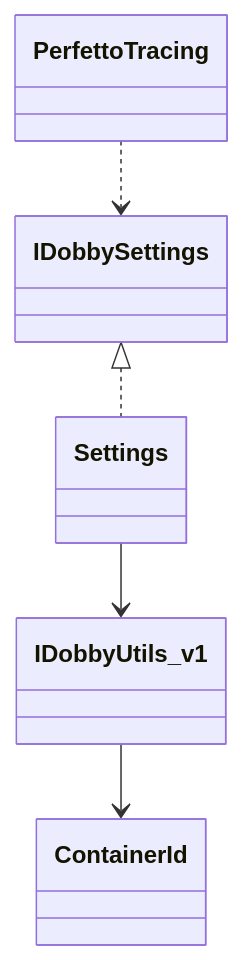
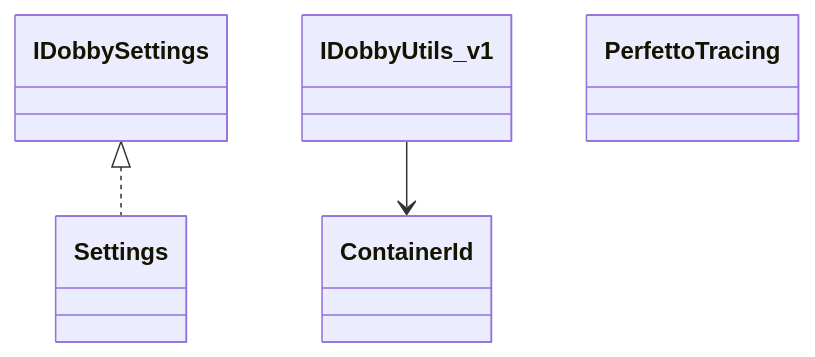
Before and after one commit to rdkcentral/Dobby: the second of 4 diagrams in settings/README.md, drawn with Mermaid.

Commit message:
Potential fix for pull request finding 'Remove unsupported Settings and PerfettoTracing dependencies'

````diff
--- a/settings/README.md
+++ b/settings/README.md
@@ -74,12 +74,10 @@
 ```mermaid
 classDiagram
     class IDobbySettings
     class Settings
     class IDobbyUtils_v1
     class ContainerId
     class PerfettoTracing
     IDobbySettings <|.. Settings
-    Settings --> IDobbyUtils_v1
     IDobbyUtils_v1 --> ContainerId
-    PerfettoTracing ..> IDobbySettings
 ```
````
